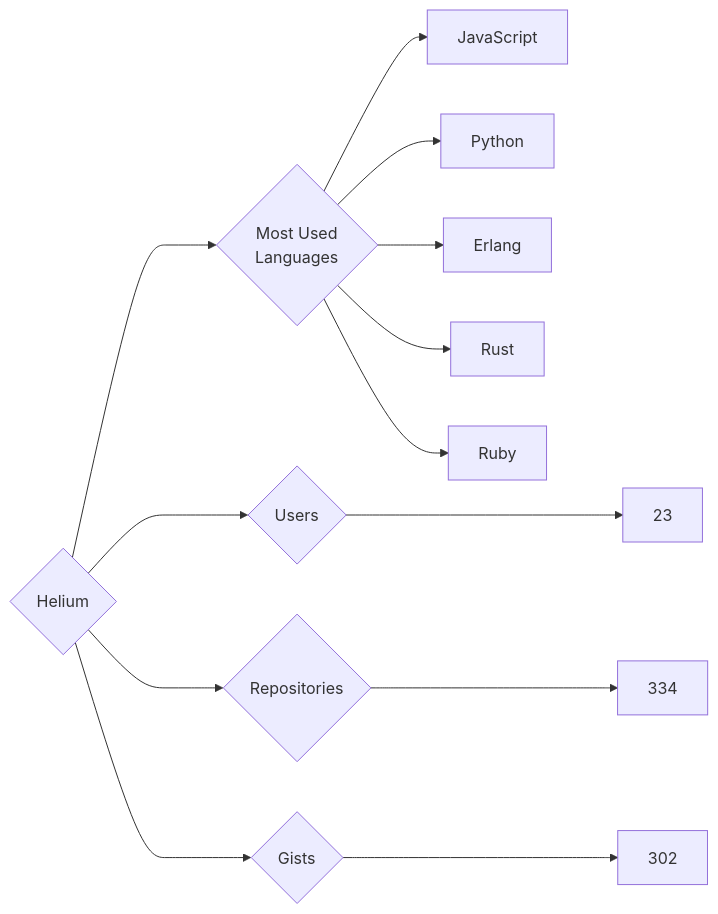
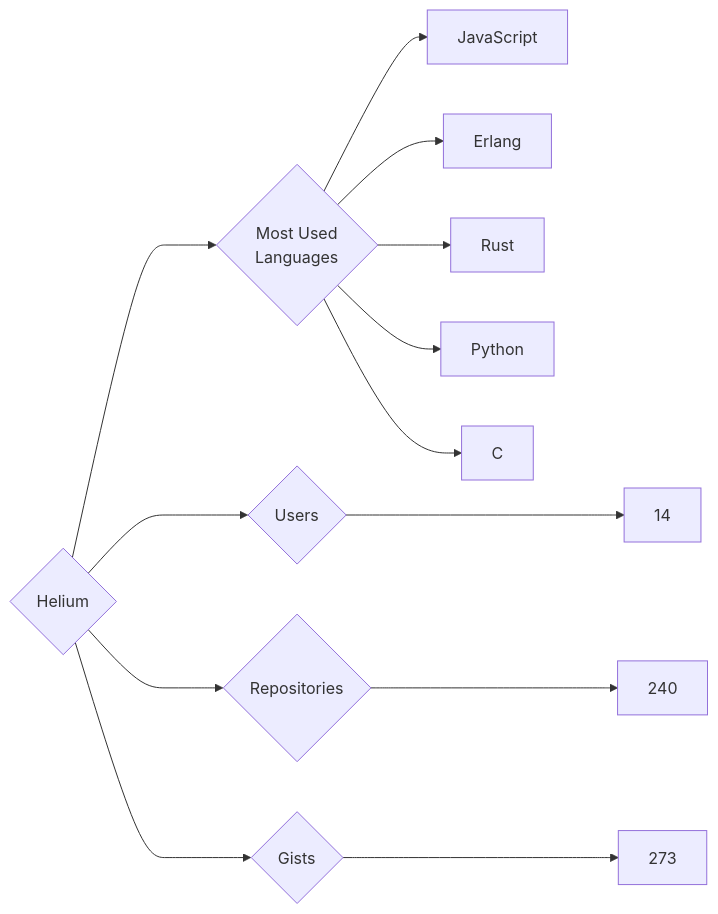
Before and after one commit to trickest/insiders: the diagram in targets/Helium/README.md, drawn with Mermaid. The commit also changed 860 other files, not shown here.

````diff
--- a/targets/Helium/README.md
+++ b/targets/Helium/README.md
@@ -3,13 +3,13 @@
 ```mermaid
 graph LR
 COMPANY_NAME{Helium}
-COMPANY_NAME ---> U{Users} ---> UN[23]
-COMPANY_NAME ---> R{Repositories} ---> RN[334]
-COMPANY_NAME ---> G{Gists} ---> GN[302]
+COMPANY_NAME ---> U{Users} ---> UN[14]
+COMPANY_NAME ---> R{Repositories} ---> RN[240]
+COMPANY_NAME ---> G{Gists} ---> GN[273]
 COMPANY_NAME ---> ML{Most Used<br>Languages}
 ML --> JavaScript[JavaScript]
-ML --> Python[Python]
 ML --> Erlang[Erlang]
 ML --> Rust[Rust]
-ML --> Ruby[Ruby]
+ML --> Python[Python]
+ML --> C[C]
 ```
````
